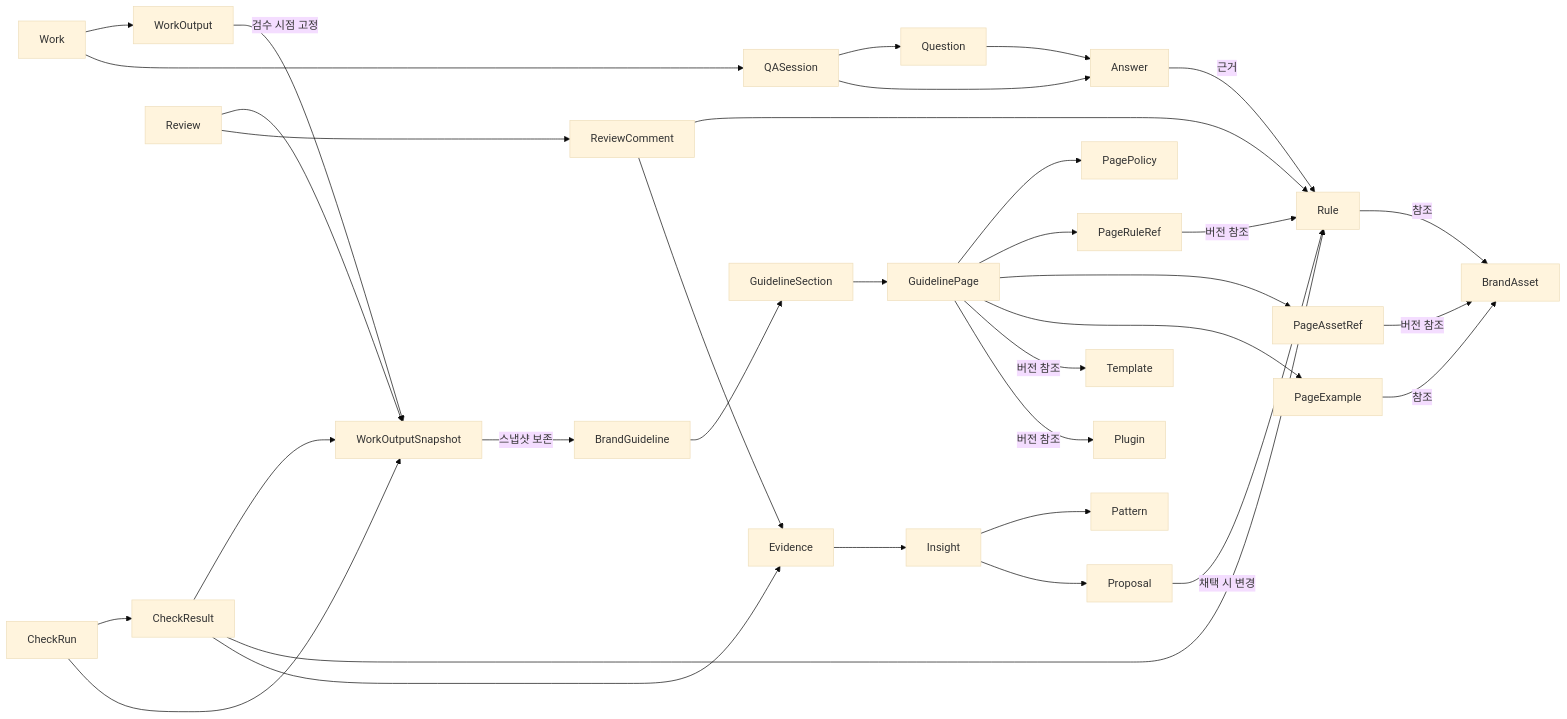
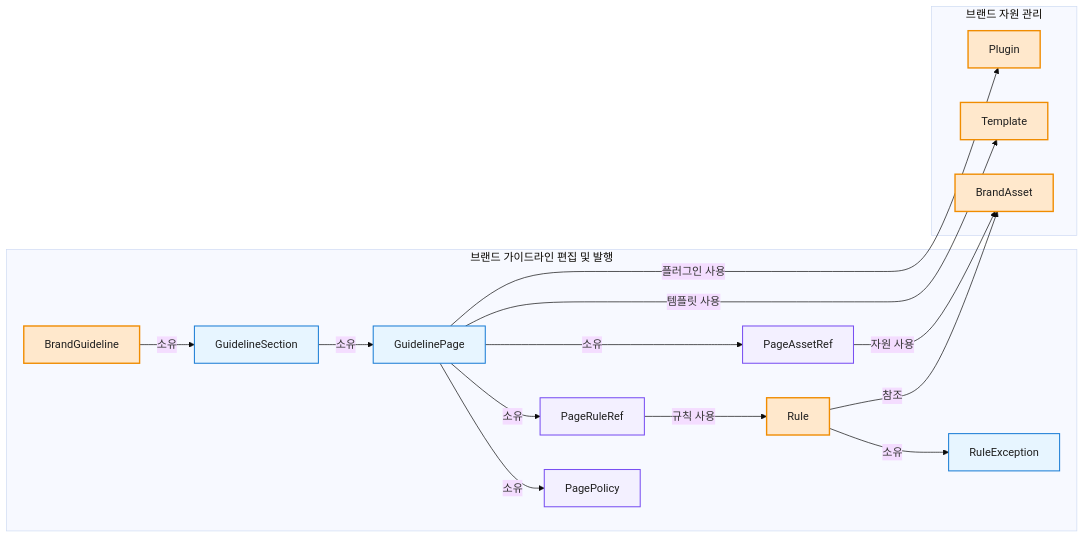
Before and after one commit to ewoooo/living-brand-system: the third of 6 diagrams in docs/04-domain-model.md, drawn with Mermaid (base theme). The commit also changed other lines of this file and 3 other files, not shown here.

````diff
--- a/docs/04-domain-model.md
+++ b/docs/04-domain-model.md
@@ -189,62 +271,39 @@
 ```mermaid
 flowchart LR
-  Guideline["BrandGuideline"]
-  Section["GuidelineSection"]
-  Page["GuidelinePage"]
-  Policy["PagePolicy"]
-  RuleRef["PageRuleRef"]
-  AssetRef["PageAssetRef"]
-  Example["PageExample"]
-  Rule["Rule"]
-  Asset["BrandAsset"]
-  Template["Template"]
-  Plugin["Plugin"]
-  Work["Work"]
-  Output["WorkOutput"]
-  Target["WorkOutputSnapshot"]
-  QASession["QASession"]
-  Question["Question"]
-  Answer["Answer"]
-  CheckRun["CheckRun"]
-  CheckResult["CheckResult"]
-  Review["Review"]
-  Comment["ReviewComment"]
-  Insight["Insight"]
-  Evidence["Evidence"]
-  Pattern["Pattern"]
-  Proposal["Proposal"]
+  subgraph Edit["브랜드 가이드라인 편집 및 발행"]
+    BrandGuideline["BrandGuideline"]
+    Section["GuidelineSection"]
+    Page["GuidelinePage"]
+    Policy["PagePolicy"]
+    RuleRef["PageRuleRef"]
+    AssetRef["PageAssetRef"]
+    Rule["Rule"]
+    RuleException["RuleException"]
+  end
 
-  Guideline --> Section
-  Section --> Page
-  Page --> Policy
-  Page --> RuleRef
-  RuleRef -->|"버전 참조"| Rule
-  Page --> AssetRef
-  AssetRef -->|"버전 참조"| Asset
-  Page --> Example
-  Example -->|"참조"| Asset
-  Page -->|"버전 참조"| Template
-  Page -->|"버전 참조"| Plugin
-  Rule -->|"참조"| Asset
-  Work --> Output
-  Output -->|"검수 시점 고정"| Target
-  Target -->|"스냅샷 보존"| Guideline
-  Work --> QASession
-  QASession --> Question
-  QASession --> Answer
-  Question --> Answer
-  Answer -->|"근거"| Rule
-  CheckRun --> CheckResult
-  CheckRun --> Target
-  CheckResult --> Target
-  CheckResult --> Rule
-  Review --> Target
-  Review --> Comment
-  Comment --> Rule
-  CheckResult --> Evidence
-  Comment --> Evidence
-  Evidence --> Insight
-  Insight --> Pattern
-  Insight --> Proposal
-  Proposal -->|"채택 시 변경"| Rule
+  subgraph Resource["브랜드 자원 관리"]
+    BrandAsset["BrandAsset"]
+    Template["Template"]
+    Plugin["Plugin"]
+  end
+
+  BrandGuideline -->|"소유"| Section
+  Section -->|"소유"| Page
+  Page -->|"소유"| Policy
+  Page -->|"소유"| RuleRef
+  RuleRef -->|"규칙 사용"| Rule
+  Rule -->|"소유"| RuleException
+  Page -->|"소유"| AssetRef
+  AssetRef -->|"자원 사용"| BrandAsset
+  Page -->|"템플릿 사용"| Template
+  Page -->|"플러그인 사용"| Plugin
+  Rule -->|"참조"| BrandAsset
+
+  classDef aggregate fill:#FFE8CC,stroke:#F08C00,stroke-width:2px,color:#1F1F1F;
+  classDef entity fill:#E7F5FF,stroke:#1C7ED6,stroke-width:1.5px,color:#1F1F1F;
+  classDef childEntity fill:#F3F0FF,stroke:#7950F2,stroke-width:1.5px,color:#1F1F1F;
+
+  class BrandGuideline,Rule,BrandAsset,Template,Plugin aggregate;
+  class Section,Page,RuleException entity;
+  class Policy,RuleRef,AssetRef childEntity;
 ```
````
